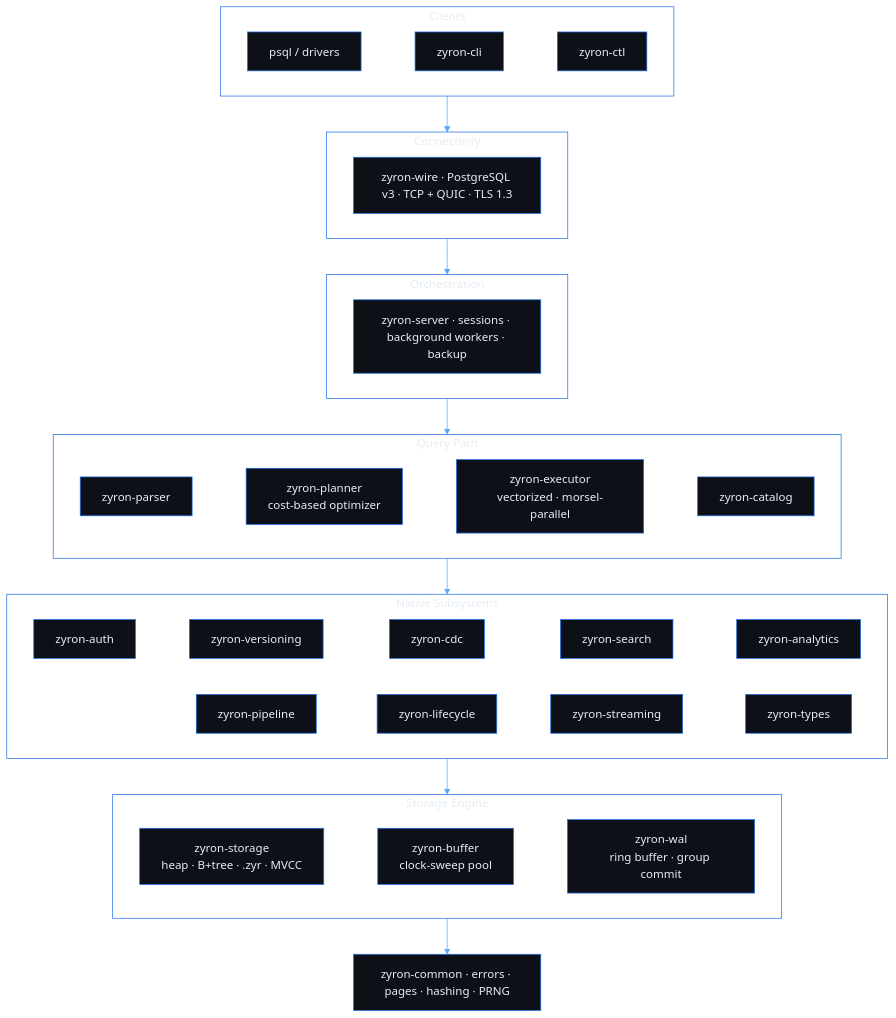
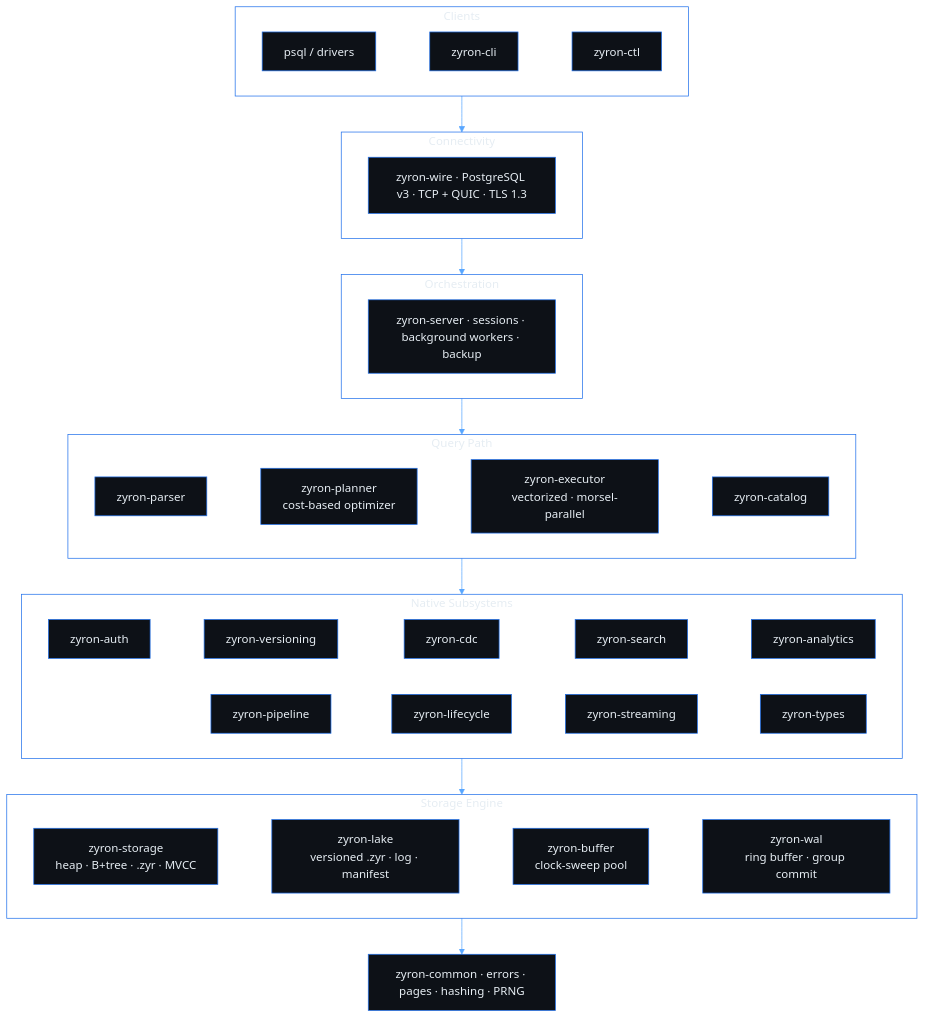
One commit to DataDalton/Zyron changed the diagram in README.md. Above: the diagram before and after it, drawn with Mermaid. The commit also changed other lines of this file and 876 other files, not shown here.

````diff
--- a/README.md
+++ b/README.md
@@ -53,38 +62,38 @@
 ```mermaid
 %%{init: {'theme':'base','themeVariables':{'background':'transparent','primaryColor':'#0d1117','primaryBorderColor':'#1f6feb','primaryTextColor':'#e6edf3','secondaryColor':'#0d1117','tertiaryColor':'#0d1117','lineColor':'#58a6ff','clusterBkg':'transparent','clusterBorder':'#1f6feb','titleColor':'#e6edf3','fontFamily':'ui-sans-serif, system-ui, sans-serif'}}}%%
 flowchart TB
     subgraph CLIENTS [Clients]
         direction LR
         C1[psql / drivers] ~~~ C2[zyron-cli] ~~~ C3[zyron-ctl]
     end
 
     subgraph PROTO [Connectivity]
         direction LR
         W[zyron-wire · PostgreSQL v3 · TCP + QUIC · TLS 1.3]
     end
 
     subgraph ORCH [Orchestration]
         direction LR
         S[zyron-server · sessions · background workers · backup]
     end
 
     subgraph QUERY [Query Path]
         direction LR
         P[zyron-parser] ~~~ PL[zyron-planner<br/>cost-based optimizer] ~~~ EX[zyron-executor<br/>vectorized · morsel-parallel] ~~~ CAT[zyron-catalog]
     end
 
     subgraph FEAT [Native Subsystems]
         direction LR
         AUTH[zyron-auth] ~~~ VER[zyron-versioning] ~~~ CDC[zyron-cdc] ~~~ SRCH[zyron-search] ~~~ AN[zyron-analytics]
         PIPE[zyron-pipeline] ~~~ LIFE[zyron-lifecycle] ~~~ STR[zyron-streaming] ~~~ TYP[zyron-types]
     end
 
     subgraph STORAGE [Storage Engine]
         direction LR
-        ST[zyron-storage<br/>heap · B+tree · .zyr · MVCC] ~~~ BUF[zyron-buffer<br/>clock-sweep pool] ~~~ WAL[zyron-wal<br/>ring buffer · group commit]
+        ST[zyron-storage<br/>heap · B+tree · .zyr · MVCC] ~~~ LK[zyron-lake<br/>versioned .zyr · log · manifest] ~~~ BUF[zyron-buffer<br/>clock-sweep pool] ~~~ WAL[zyron-wal<br/>ring buffer · group commit]
     end
 
     COM[zyron-common · errors · pages · hashing · PRNG]
 
     CLIENTS --> PROTO --> ORCH --> QUERY --> FEAT --> STORAGE --> COM
 ```
````
